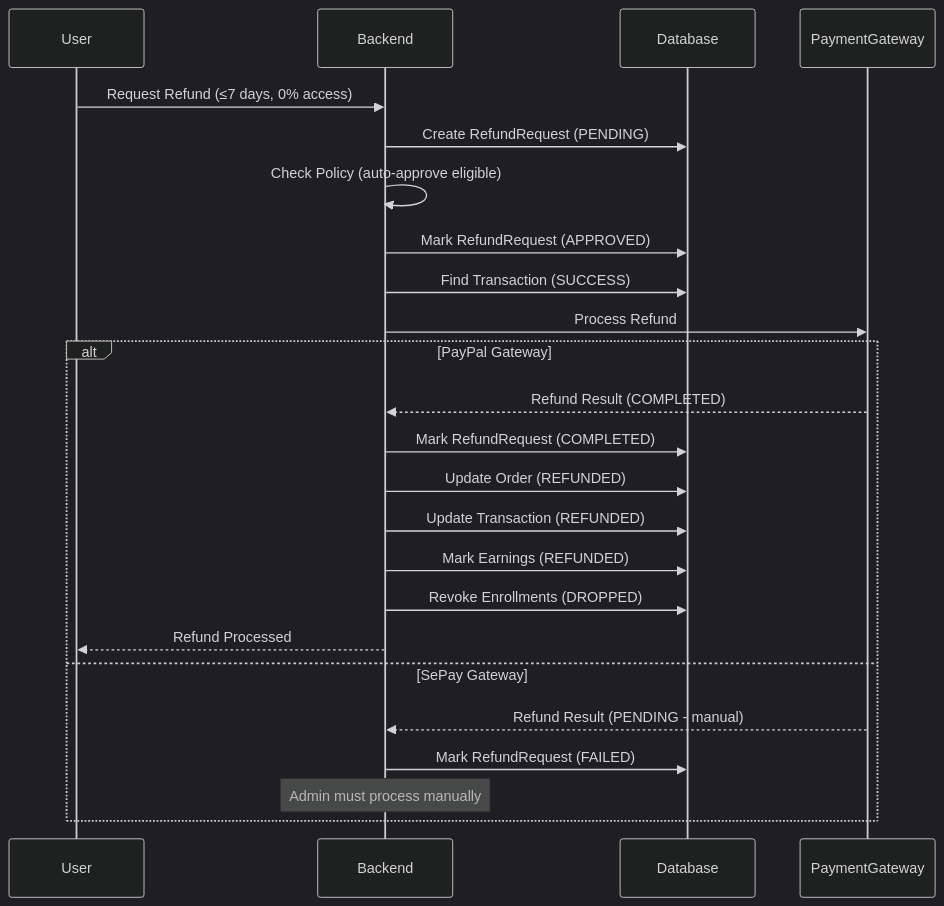
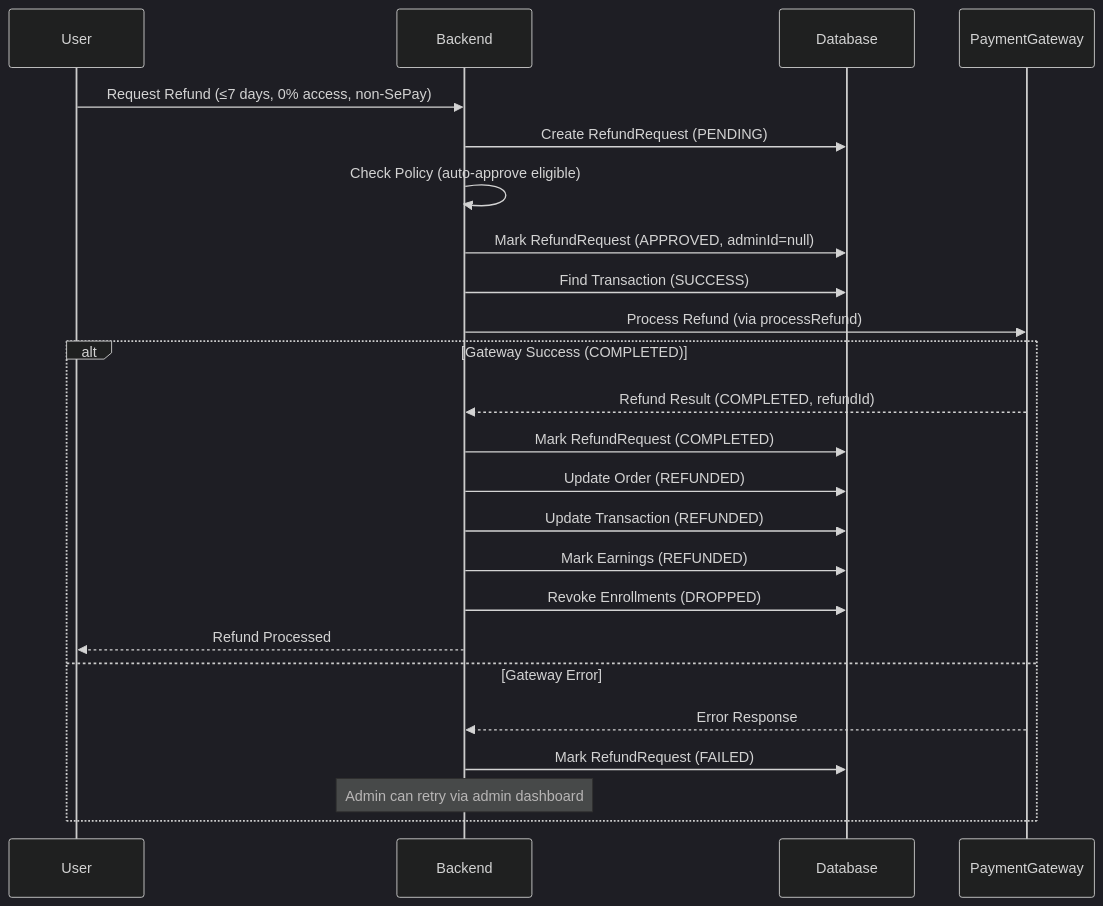
Before and after one commit to HuuLocFIT/EduMind: the second of 11 diagrams in docs/workflows/refund_workflows.md, drawn with Mermaid (dark theme). The commit also changed other lines of this file and 1 other file, not shown here.

First line of the commit message:
feat: update payout and refund workflows documentation

````diff
--- a/docs/workflows/refund_workflows.md
+++ b/docs/workflows/refund_workflows.md
@@ -67,27 +76,27 @@
 ```mermaid
 sequenceDiagram
     participant User
     participant Backend
     participant Database
     participant PaymentGateway
 
-    User->>Backend: Request Refund (≤7 days, 0% access)
+    User->>Backend: Request Refund (≤7 days, 0% access, non-SePay)
     Backend->>Database: Create RefundRequest (PENDING)
     Backend->>Backend: Check Policy (auto-approve eligible)
-    Backend->>Database: Mark RefundRequest (APPROVED)
+    Backend->>Database: Mark RefundRequest (APPROVED, adminId=null)
     Backend->>Database: Find Transaction (SUCCESS)
-    Backend->>PaymentGateway: Process Refund
-    alt PayPal Gateway
-        PaymentGateway-->>Backend: Refund Result (COMPLETED)
+    Backend->>PaymentGateway: Process Refund (via processRefund)
+    alt Gateway Success (COMPLETED)
+        PaymentGateway-->>Backend: Refund Result (COMPLETED, refundId)
         Backend->>Database: Mark RefundRequest (COMPLETED)
         Backend->>Database: Update Order (REFUNDED)
         Backend->>Database: Update Transaction (REFUNDED)
         Backend->>Database: Mark Earnings (REFUNDED)
         Backend->>Database: Revoke Enrollments (DROPPED)
         Backend-->>User: Refund Processed
-    else SePay Gateway
-        PaymentGateway-->>Backend: Refund Result (PENDING - manual)
+    else Gateway Error
+        PaymentGateway-->>Backend: Error Response
         Backend->>Database: Mark RefundRequest (FAILED)
-        Note over Backend: Admin must process manually
+        Note over Backend: Admin can retry via admin dashboard
     end
 ```
````
